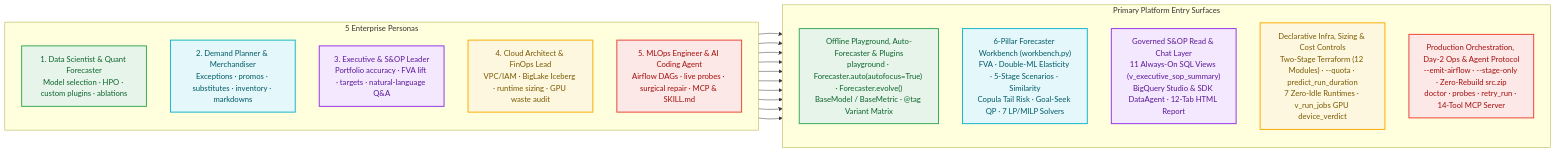
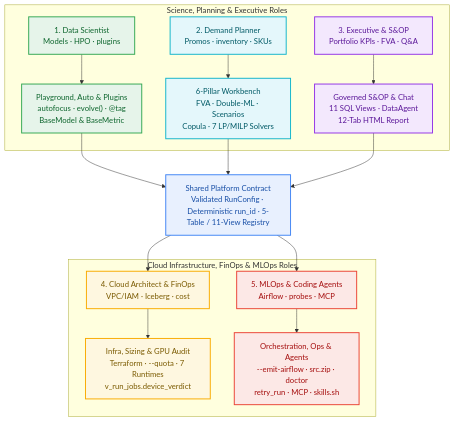
The third of 17 diagrams in docs/visual_architecture.md (statmike/scale-forecasting), drawn with Mermaid before and after one commit. The commit also changed other lines of this file and 14 other files, not shown here.

Commit message:
docs(mermaid): reconfigure wide diagrams to vertical TD layout with concise labels

````diff
--- a/docs/visual_architecture.md
+++ b/docs/visual_architecture.md
@@ -82,38 +82,41 @@
 ```mermaid
-flowchart LR
-    subgraph P_ROLES["5 Enterprise Personas"]
-        direction TB
-        P_DS["1. Data Scientist & Quant Forecaster<br/>Model selection · HPO · custom plugins · ablations"]
-        P_DP["2. Demand Planner & Merchandiser<br/>Exceptions · promos · substitutes · inventory · markdowns"]
-        P_EX["3. Executive & S&OP Leader<br/>Portfolio accuracy · FVA lift · targets · natural-language Q&A"]
-        P_CA["4. Cloud Architect & FinOps Lead<br/>VPC/IAM · BigLake Iceberg · runtime sizing · GPU waste audit"]
-        P_ML["5. MLOps Engineer & AI Coding Agent<br/>Airflow DAGs · live probes · surgical repair · MCP & SKILL.md"]
+flowchart TD
+    subgraph BAND_TOP["Science, Planning & Executive Roles"]
+        P_DS["1. Data Scientist<br/>Models · HPO · plugins"]
+        P_DP["2. Demand Planner<br/>Promos · inventory · SKUs"]
+        P_EX["3. Executive & S&OP<br/>Portfolio KPIs · FVA · Q&A"]
+        D_MOD["Playground, Auto & Plugins<br/>autofocus · evolve() · @tag<br/>BaseModel & BaseMetric"]
+        D_WB["6-Pillar Workbench<br/>FVA · Double-ML · Scenarios<br/>Copula · 7 LP/MILP Solvers"]
+        D_SOP["Governed S&OP & Chat<br/>11 SQL Views · DataAgent<br/>12-Tab HTML Report"]
+        P_DS --> D_MOD
+        P_DP --> D_WB
+        P_EX --> D_SOP
     end
 
-    subgraph P_DOORS["Primary Platform Entry Surfaces"]
-        direction TB
-        D_MOD["Offline Playground, Auto-Forecaster & Plugins<br/>playground · Forecaster.auto(autofocus=True) · Forecaster.evolve()<br/>BaseModel / BaseMetric · @tag Variant Matrix"]
-        D_WB["6-Pillar Forecaster Workbench (workbench.py)<br/>FVA · Double-ML Elasticity · 5-Stage Scenarios · Similarity<br/>Copula Tail Risk · Goal-Seek QP · 7 LP/MILP Solvers"]
-        D_SOP["Governed S&OP Read & Chat Layer<br/>11 Always-On SQL Views (v_executive_sop_summary)<br/>BigQuery Studio & SDK DataAgent · 12-Tab HTML Report"]
-        D_INF["Declarative Infra, Sizing & Cost Controls<br/>Two-Stage Terraform (12 Modules) · --quota · predict_run_duration<br/>7 Zero-Idle Runtimes · v_run_jobs GPU device_verdict"]
-        D_OPS["Production Orchestration, Day-2 Ops & Agent Protocol<br/>--emit-airflow · --stage-only · Zero-Rebuild src.zip<br/>doctor · probes · retry_run · 14-Tool MCP Server"]
+    HUB["Shared Platform Contract<br/>Validated RunConfig · Deterministic run_id · 5-Table / 11-View Registry"]
+
+    subgraph BAND_BOT["Cloud Infrastructure, FinOps & MLOps Roles"]
+        P_CA["4. Cloud Architect & FinOps<br/>VPC/IAM · Iceberg · cost"]
+        P_ML["5. MLOps & Coding Agents<br/>Airflow · probes · MCP"]
+        D_INF["Infra, Sizing & GPU Audit<br/>Terraform · --quota · 7 Runtimes<br/>v_run_jobs.device_verdict"]
+        D_OPS["Orchestration, Ops & Agents<br/>--emit-airflow · src.zip · doctor<br/>retry_run · MCP · skills.sh"]
+        P_CA --> D_INF
+        P_ML --> D_OPS
     end
 
-    P_DS --> D_MOD & D_WB
-    P_DP --> D_WB & D_SOP
-    P_EX --> D_SOP & D_WB
-    P_CA --> D_INF & D_OPS
-    P_ML --> D_OPS & D_INF
+    D_MOD & D_WB & D_SOP --> HUB
+    HUB --> P_CA & P_ML
 
     classDef data fill:#E8F0FE,stroke:#4285F4,stroke-width:2px,color:#174EA6
     classDef config fill:#FEF7E0,stroke:#F9AB00,stroke-width:2px,color:#7A5A00
     classDef route fill:#FCE8E6,stroke:#EA4335,stroke-width:2px,color:#A50E0E
     classDef compute fill:#E6F4EA,stroke:#34A853,stroke-width:2px,color:#0D652D
     classDef semantic fill:#F3E8FD,stroke:#9334E6,stroke-width:2px,color:#5B1799
     classDef decision fill:#E4F7FB,stroke:#12B5CB,stroke-width:2px,color:#005A66
+    class HUB data
     class P_DS,D_MOD compute
     class P_DP,D_WB decision
     class P_EX,D_SOP semantic
     class P_CA,D_INF config
     class P_ML,D_OPS route
 ```
````
